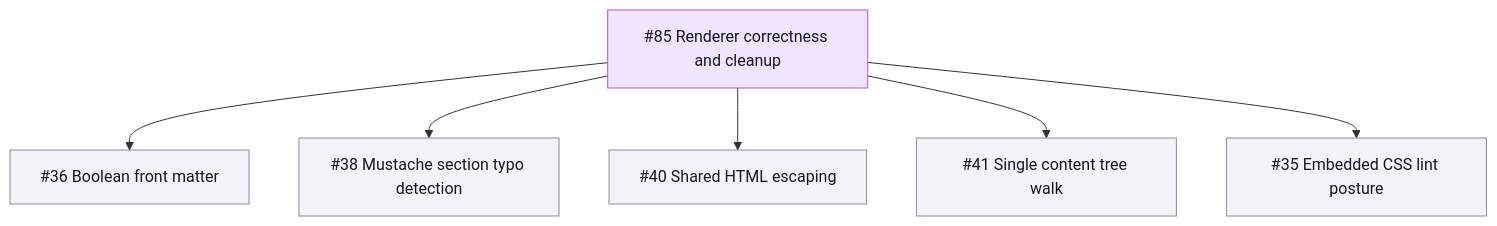
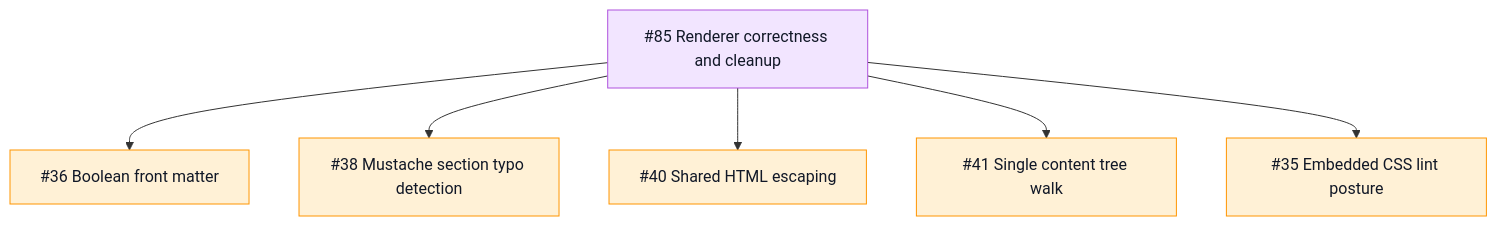
Before and after one commit to TileDown/tile-down: the eighth of 9 diagrams in README.md, drawn with Mermaid. The commit also changed other lines of this file and 2 other files, not shown here.

````diff
--- a/README.md
+++ b/README.md
@@ -163,12 +163,12 @@
 ```mermaid
 flowchart TD
   Epic["#85 Renderer correctness and cleanup"]:::epic
   Epic --> BooleanFM["#36 Boolean front matter"]:::todo
   Epic --> Mustache["#38 Mustache section typo detection"]:::todo
   Epic --> Escaping["#40 Shared HTML escaping"]:::todo
   Epic --> ContentWalk["#41 Single content tree walk"]:::todo
   Epic --> CSSLint["#35 Embedded CSS lint posture"]:::todo
 
   classDef epic fill:#f2e5ff,stroke:#af52de,color:#111827
-  classDef todo fill:#f2f4f7,stroke:#8e8e93,color:#111827
+  classDef todo fill:#fff1d6,stroke:#ff9500,color:#111827
 ```
````
